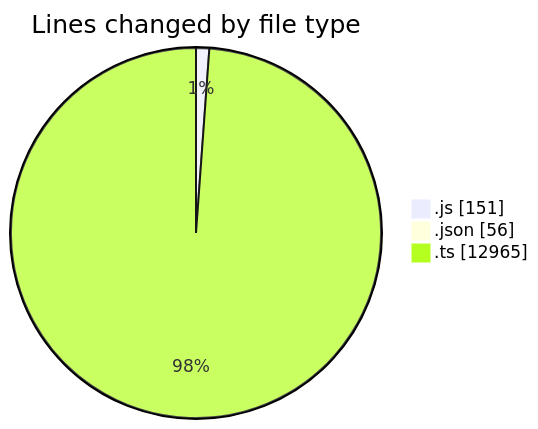
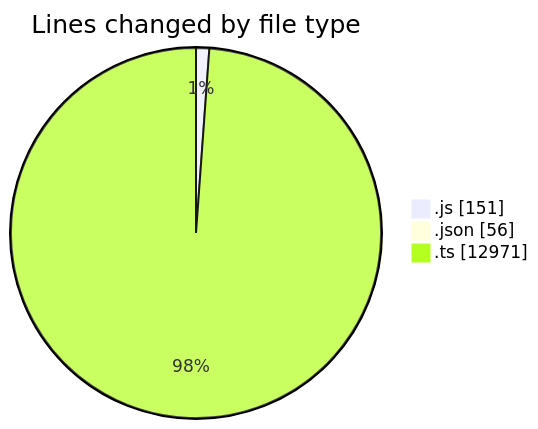
Before and after one commit to momahboobian/code-tracking: the first of 2 diagrams in 2025-09-04/cda/README.md, drawn with Mermaid. The commit also changed other lines of this file and 1 other file, not shown here.

````diff
--- a/2025-09-04/cda/README.md
+++ b/2025-09-04/cda/README.md
@@ -30,7 +30,7 @@
 ```mermaid
 pie showData
 title Lines changed by file type
 ".js" : 151
 ".json" : 56
-".ts" : 12965
+".ts" : 12971
 ```
````
